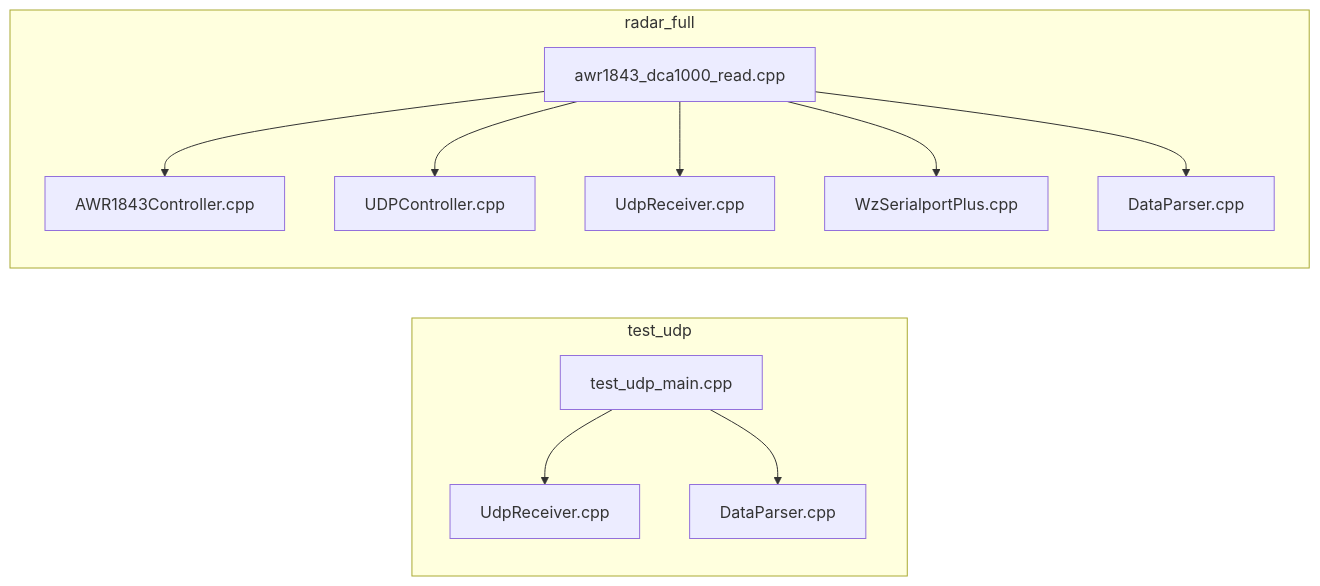
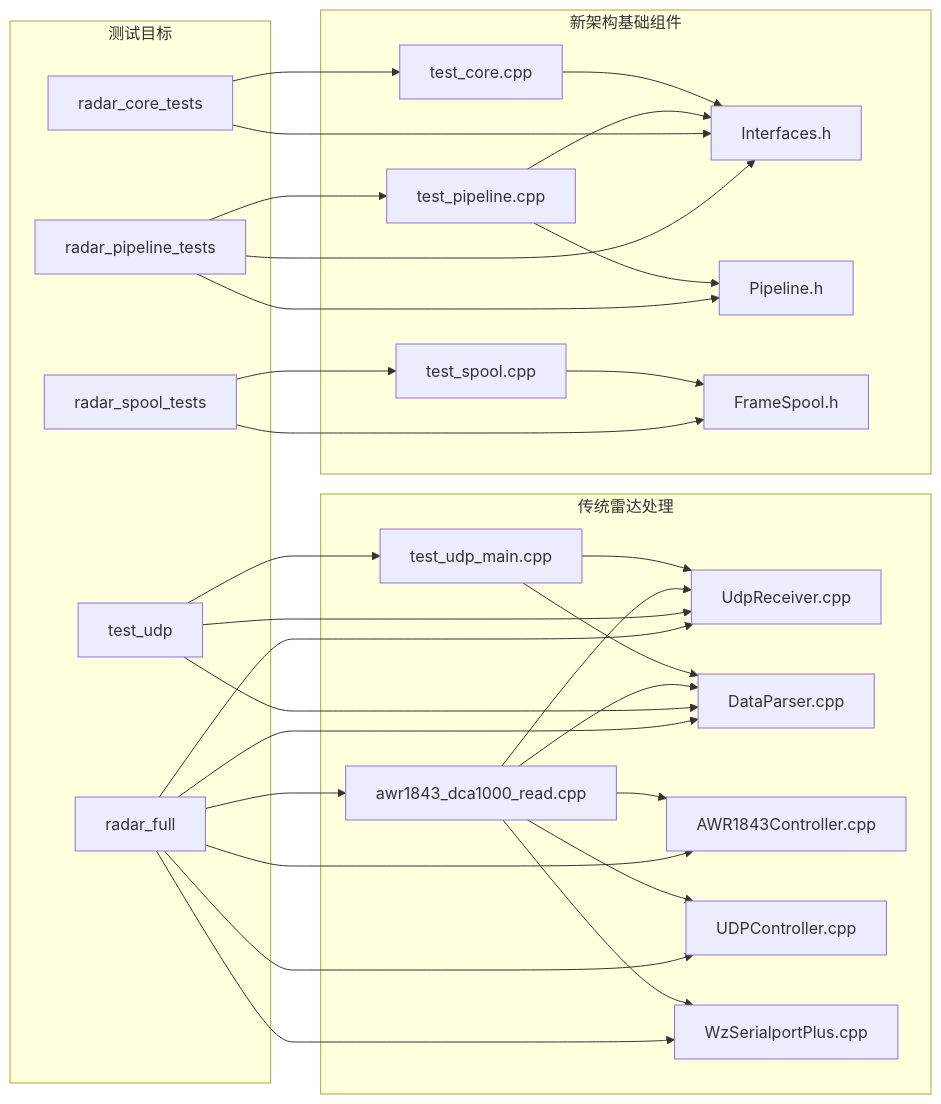
The second of 8 diagrams in .qoder/repowiki/zh/content/构建系统与运行入口.md (Lukad77/awr1843-radar-toolkit), drawn with Mermaid before and after one commit. The commit also changed other lines of this file and 11 other files, not shown here.

````diff
--- a/.qoder/repowiki/zh/content/构建系统与运行入口.md
+++ b/.qoder/repowiki/zh/content/构建系统与运行入口.md
@@ -75,23 +111,54 @@
 ```mermaid
 graph LR
-subgraph "test_udp"
+subgraph "传统雷达处理"
 T1["test_udp_main.cpp"]
 T2["UdpReceiver.cpp"]
 T3["DataParser.cpp"]
-end
-subgraph "radar_full"
 R1["awr1843_dca1000_read.cpp"]
 R2["AWR1843Controller.cpp"]
 R3["UDPController.cpp"]
-R4["UdpReceiver.cpp"]
-R5["WzSerialportPlus.cpp"]
-R6["DataParser.cpp"]
+R4["WzSerialportPlus.cpp"]
+end
+subgraph "新架构基础组件"
+N1["test_core.cpp"]
+N2["test_pipeline.cpp"]
+N3["test_spool.cpp"]
+N4["Interfaces.h"]
+N5["Pipeline.h"]
+N6["FrameSpool.h"]
+end
+subgraph "测试目标"
+G1["test_udp"]
+G2["radar_full"]
+G3["radar_core_tests"]
+G4["radar_pipeline_tests"]
+G5["radar_spool_tests"]
 end
 T1 --> T2
 T1 --> T3
 R1 --> R2
 R1 --> R3
 R1 --> R4
-R1 --> R5
-R1 --> R6
+R1 --> T2
+R1 --> T3
+N1 --> N4
+N2 --> N4
+N2 --> N5
+N3 --> N6
+G1 --> T1
+G1 --> T2
+G1 --> T3
+G2 --> R1
+G2 --> R2
+G2 --> R3
+G2 --> R4
+G2 --> T2
+G2 --> T3
+G3 --> N1
+G3 --> N4
+G4 --> N2
+G4 --> N5
+G4 --> N4
+G5 --> N3
+G5 --> N6
 ```
````
